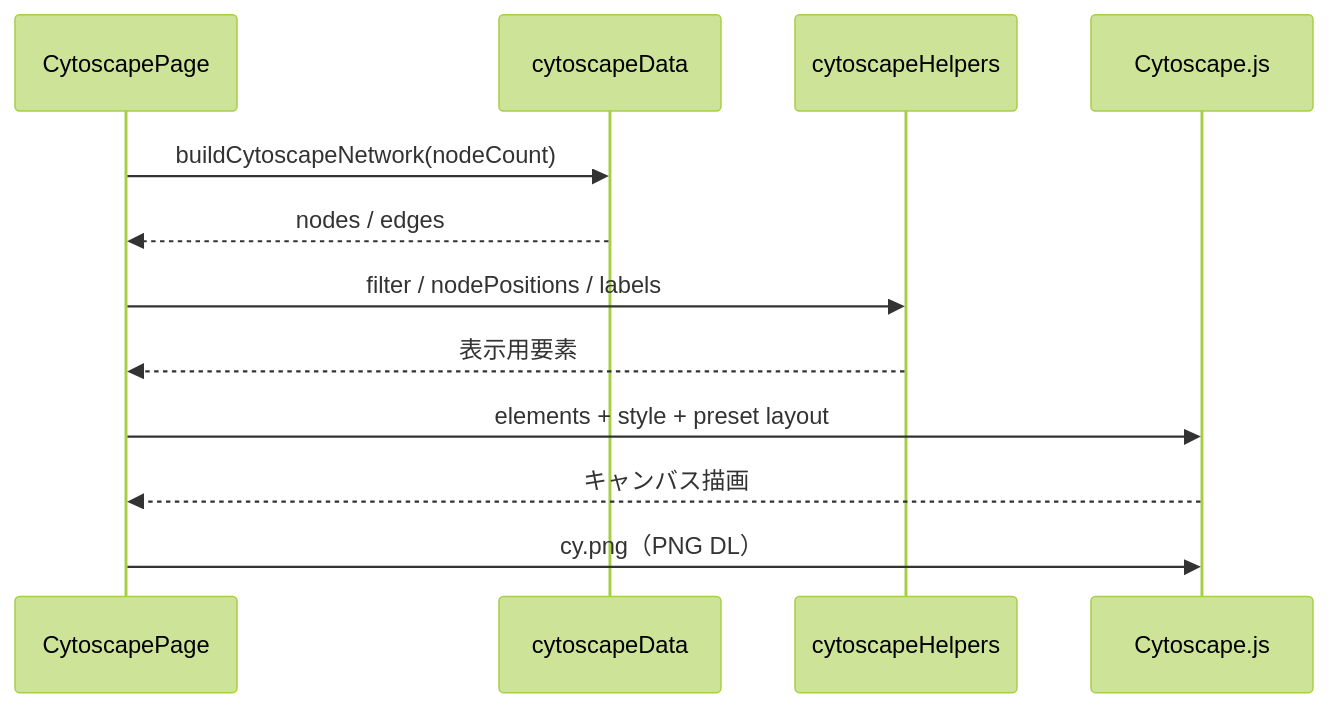
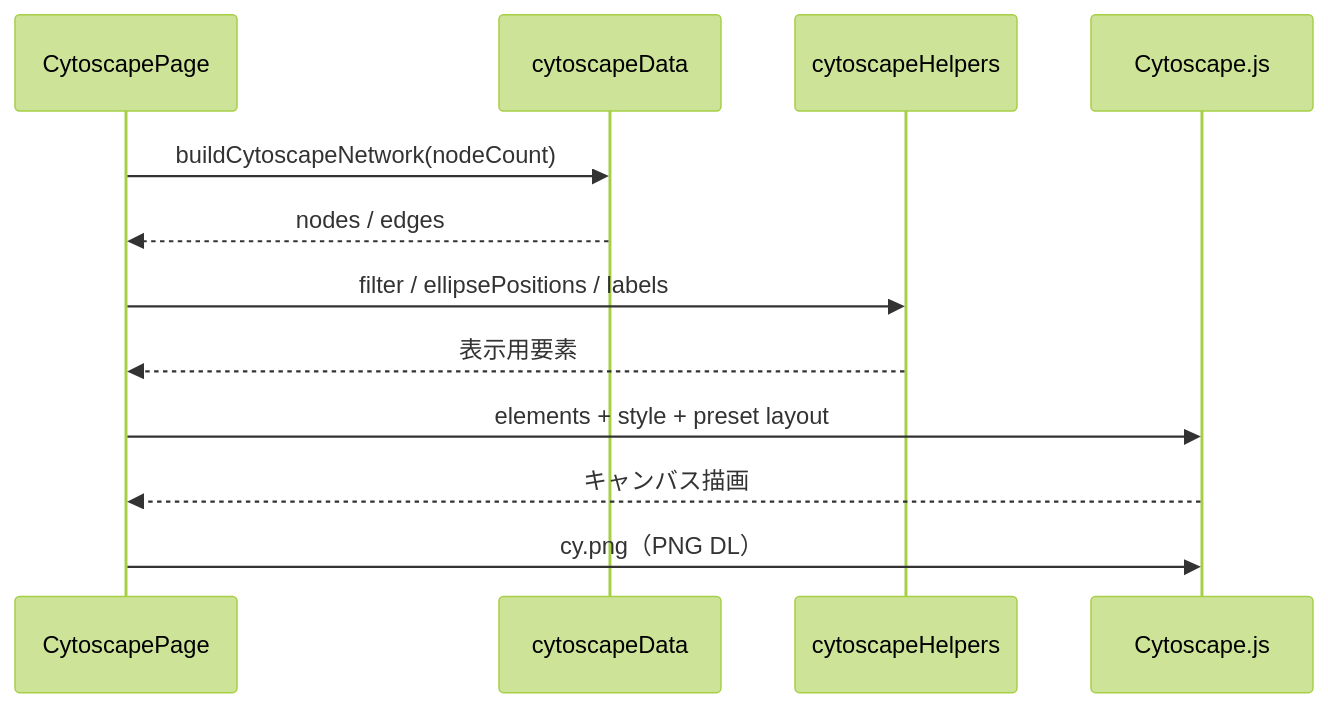
Before and after one commit to xpendev/graphtest: the second of 2 diagrams in docs/component-cytoscape.md, drawn with Mermaid (forest theme). The commit also changed other lines of this file and 27 other files, not shown here.

````diff
--- a/docs/component-cytoscape.md
+++ b/docs/component-cytoscape.md
@@ -29,15 +29,15 @@
 ```mermaid
 sequenceDiagram
   participant Page as CytoscapePage
   participant Data as cytoscapeData
   participant Helpers as cytoscapeHelpers
   participant Cy as Cytoscape.js
 
   Page->>Data: buildCytoscapeNetwork(nodeCount)
   Data-->>Page: nodes / edges
-  Page->>Helpers: filter / nodePositions / labels
+  Page->>Helpers: filter / ellipsePositions / labels
   Helpers-->>Page: 表示用要素
   Page->>Cy: elements + style + preset layout
   Cy-->>Page: キャンバス描画
   Page->>Cy: cy.png（PNG DL）
 ```
````
